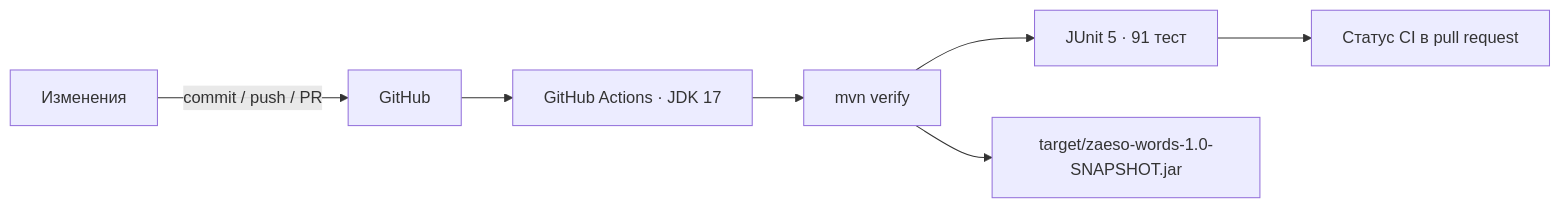
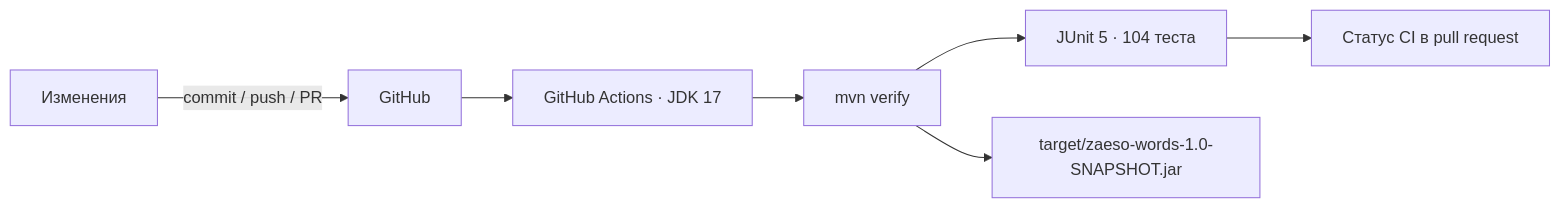
One commit to zaeso/zaeso-Words changed the third of 4 diagrams in zaeso-Words-Roadmap.md. Above: the diagram before and after it, drawn with Mermaid. The commit also changed other lines of this file and 4 other files, not shown here.

````diff
--- a/zaeso-Words-Roadmap.md
+++ b/zaeso-Words-Roadmap.md
@@ -198,9 +213,9 @@
 ```mermaid
 flowchart LR
     DEV["Изменения"] -->|"commit / push / PR"| GH["GitHub"]
     GH --> CI["GitHub Actions · JDK 17"]
     CI --> MVN["mvn verify"]
-    MVN --> TESTS["JUnit 5 · 91 тест"]
+    MVN --> TESTS["JUnit 5 · 104 теста"]
     MVN --> JAR["target/zaeso-words-1.0-SNAPSHOT.jar"]
     TESTS --> STATUS["Статус CI в pull request"]
 ```
````
